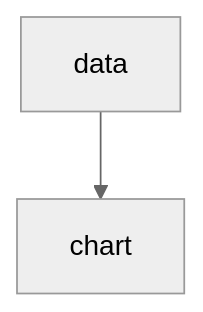
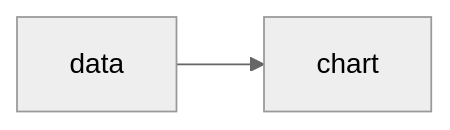
Before and after one commit to opensource-Brainband/vizard-line-chart-demo: the diagram in README.md, drawn with Mermaid (neutral theme). The commit also changed other lines of this file, not shown here.

Commit message:
Update README.md
Second Test

````diff
--- a/README.md
+++ b/README.md
@@ -6,4 +6,4 @@
-```Mermaid
-graph TD
+```mermaid
+graph LR
   data --> chart
 ```
````
